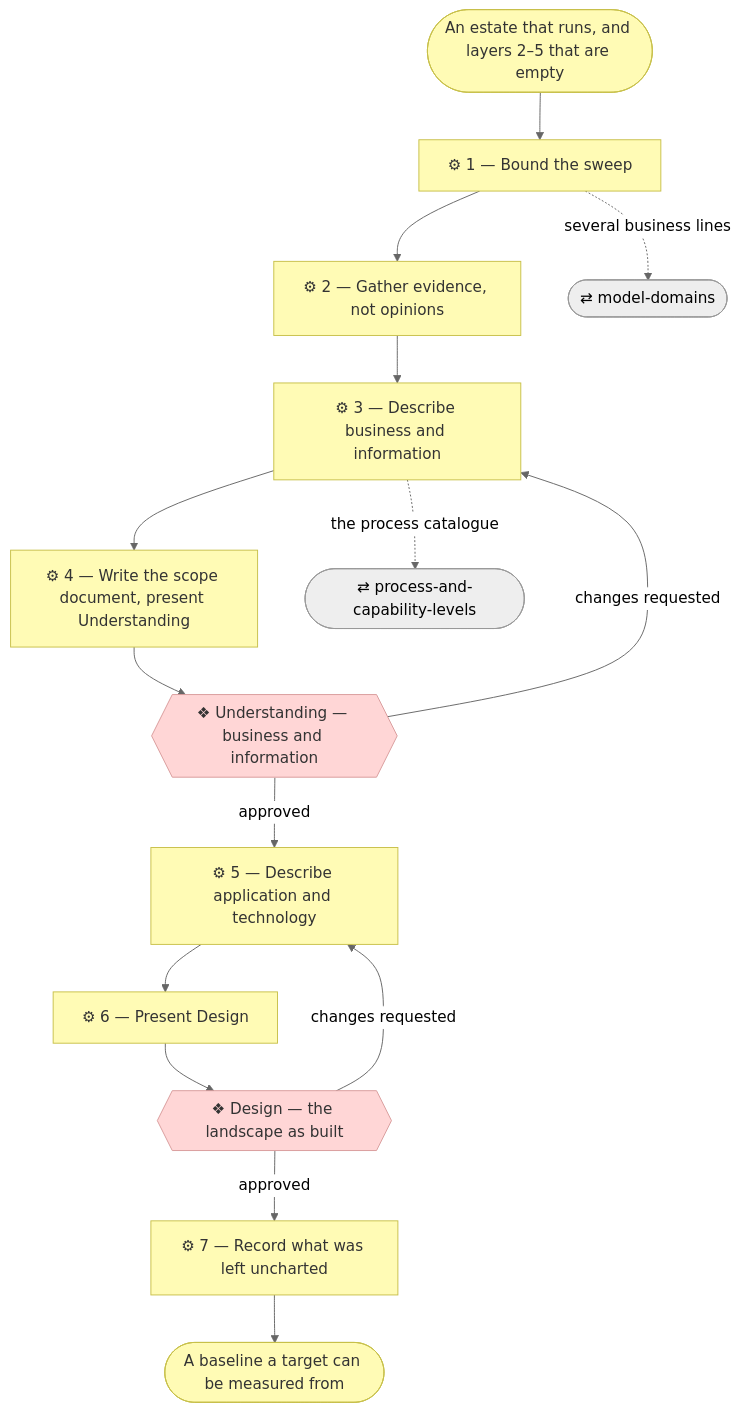
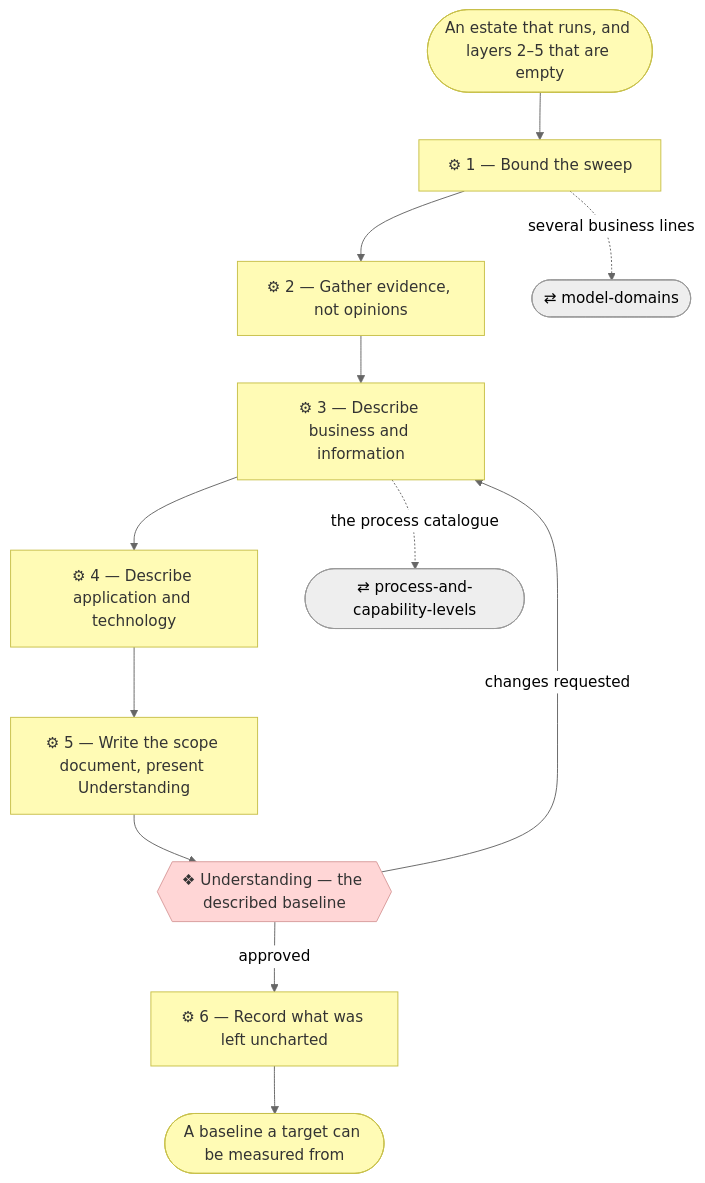
One commit to roanboc/archreator changed the diagram in plugins/archreator/skills/discover-current-landscape/SKILL.md. Above: the diagram before and after it, drawn with Mermaid (neutral theme). The commit also changed other lines of this file and 68 other files, not shown here.

````diff
--- a/plugins/archreator/skills/discover-current-landscape/SKILL.md
+++ b/plugins/archreator/skills/discover-current-landscape/SKILL.md
@@ -51,29 +45,25 @@
 ```mermaid
 flowchart TD
   trig(["An estate that runs, and layers 2–5 that are empty"])
   s1["⚙ 1 — Bound the sweep"]
   s2["⚙ 2 — Gather evidence, not opinions"]
   s3["⚙ 3 — Describe business and information"]
-  s4["⚙ 4 — Write the scope document, present Understanding"]
-  g2{{"❖ Understanding — business and information"}}
-  s5["⚙ 5 — Describe application and technology"]
-  s6["⚙ 6 — Present Design"]
-  g3{{"❖ Design — the landscape as built"}}
-  s7["⚙ 7 — Record what was left uncharted"]
+  s4["⚙ 4 — Describe application and technology"]
+  s5["⚙ 5 — Write the scope document, present Understanding"]
+  g2{{"❖ Understanding — the described baseline"}}
+  s6["⚙ 6 — Record what was left uncharted"]
   pcl(["⇄ process-and-capability-levels"])
   dom(["⇄ model-domains"])
   out(["A baseline a target can be measured from"])
 
-  trig --> s1 --> s2 --> s3 --> s4 --> g2
+  trig --> s1 --> s2 --> s3 --> s4 --> s5 --> g2
   s1 -. several business lines .-> dom
   s3 -. the process catalogue .-> pcl
   g2 -->|changes requested| s3
-  g2 -->|approved| s5 --> s6 --> g3
-  g3 -->|changes requested| s5
-  g3 -->|approved| s7 --> out
+  g2 -->|approved| s6 --> out
 
   classDef business fill:#fffbb5,stroke:#c8c04a,color:#333
   classDef implementation fill:#ffd6d6,stroke:#d99b9b,color:#333
-  class s1,s2,s3,s4,s5,s6,s7,trig,out business
-  class g2,g3 implementation
+  class s1,s2,s3,s4,s5,s6,trig,out business
+  class g2 implementation
 ```
````
